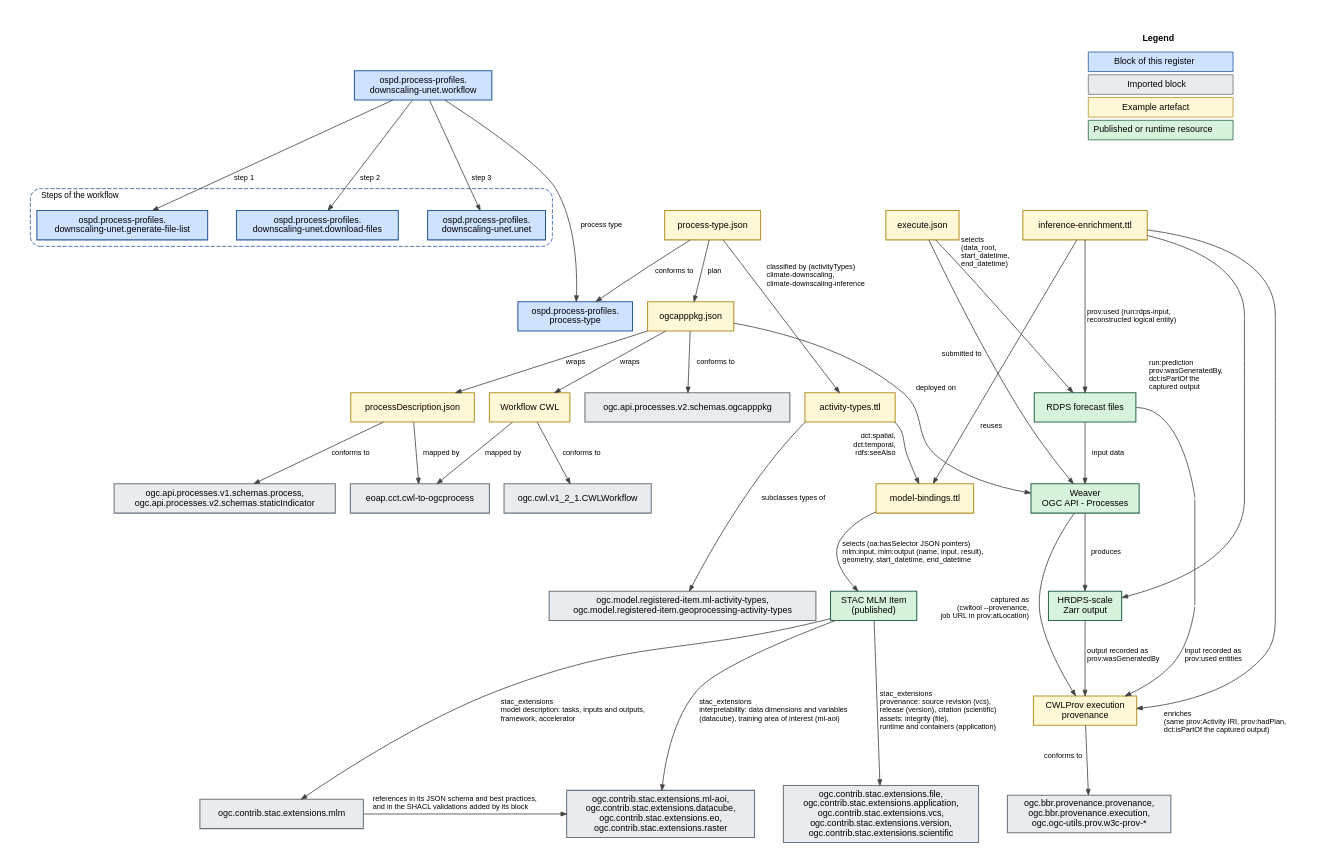
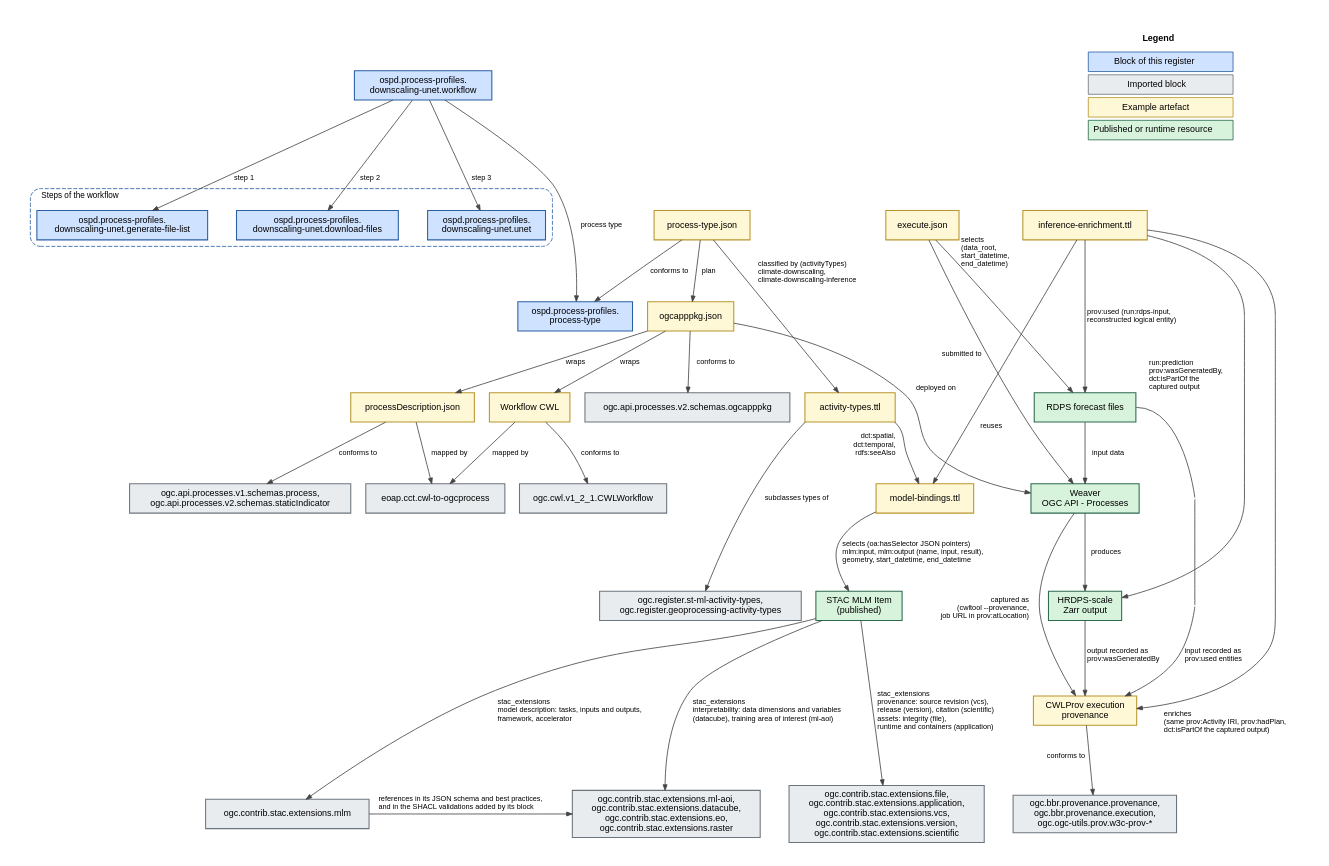
The diagram in _sources/downscaling-unet/workflow/diagrams/bblocks-interactions.dot (crim-ca/bblocks-process-profiles), drawn with Graphviz before and after one commit. The commit also changed 6 other files, not shown here.

Commit message:
use updated bblocks for activity-type-register and registered-item-model

```diff
--- a/_sources/downscaling-unet/workflow/diagrams/bblocks-interactions.dot
+++ b/_sources/downscaling-unet/workflow/diagrams/bblocks-interactions.dot
@@ -1,113 +1,113 @@
 digraph interactions {
   graph [rankdir=TB, nodesep=0.25, ranksep=0.9, fontname="Helvetica", fontsize=11, pad=0.3];
   node [shape=box, style="filled", fontname="Helvetica", fontsize=11, penwidth=1.3, margin="0.14,0.07"];
   edge [fontname="Helvetica", fontsize=9, color="#444444", arrowsize=0.7];
 
   node [fillcolor="#cfe2ff", color="#2b5fa3"];
   WF [label="ospd.process-profiles.\ndownscaling-unet.workflow"];
   subgraph cluster_steps {
     label="Steps of the workflow"; labeljust=l; style="rounded,dashed"; color="#2b5fa3"; fontsize=10;
     S1 [label="ospd.process-profiles.\ndownscaling-unet.generate-file-list"];
     S2 [label="ospd.process-profiles.\ndownscaling-unet.download-files"];
     S3 [label="ospd.process-profiles.\ndownscaling-unet.unet"];
     {rank=same; S1; S2; S3}
     S1 -> S2 -> S3 [style=invis];
   }
   PT [label="ospd.process-profiles.\nprocess-type"];
 
   node [fillcolor="#fff8d6", color="#b8962e"];
   EXE [label="execute.json"];
   PKG [label="ogcapppkg.json"];
   PD [label="processDescription.json"];
   CWL [label="Workflow CWL"];
   PTE [label="process-type.json"];
   ACT [label="activity-types.ttl"];
   BND [label="model-bindings.ttl"];
   ENR [label="inference-enrichment.ttl"];
   PROV [label="CWLProv execution\nprovenance"];
 
   node [fillcolor="#d8f3dc", color="#2d6a4f"];
   RDPS [label="RDPS forecast files"];
   WEAVER [label="Weaver\nOGC API - Processes"];
   HRDPS [label="HRDPS-scale\nZarr output"];
   ITEM [label="STAC MLM Item\n(published)"];
 
   node [fillcolor="#e9ecef", color="#6c757d"];
   APKG [label="ogc.api.processes.v2.schemas.ogcapppkg"];
   PROC [label="ogc.api.processes.v1.schemas.process,\nogc.api.processes.v2.schemas.staticIndicator"];
   CCT [label="eoap.cct.cwl-to-ogcprocess"];
   CWLS [label="ogc.cwl.v1_2_1.CWLWorkflow"];
-  ACTB [label="ogc.model.registered-item.ml-activity-types,\nogc.model.registered-item.geoprocessing-activity-types"];
+  ACTB [label="ogc.register.st-ml-activity-types,\nogc.register.geoprocessing-activity-types"];
   MLM [label="ogc.contrib.stac.extensions.mlm"];
   STACX [label="ogc.contrib.stac.extensions.file,\nogc.contrib.stac.extensions.application,\nogc.contrib.stac.extensions.vcs,\nogc.contrib.stac.extensions.version,\nogc.contrib.stac.extensions.scientific"];
   MLMX [label="ogc.contrib.stac.extensions.ml-aoi,\nogc.contrib.stac.extensions.datacube,\nogc.contrib.stac.extensions.eo,\nogc.contrib.stac.extensions.raster"];
   PROVB [label="ogc.bbr.provenance.provenance,\nogc.bbr.provenance.execution,\nogc.ogc-utils.prov.w3c-prov-*"];
 
   RDPS -> WEAVER [weight=50, label="  input data"];
   EXE -> WEAVER [xlabel="  submitted to      \r \r"];
   WEAVER -> HRDPS [weight=50, label="  produces"];
   EXE -> RDPS [taillabel="selects\l(data_root,\lstart_datetime,\lend_datetime)\l", labeldistance=6.8, labelangle=34];
   ENR -> RDPS [weight=20, label="  prov:used (run:rdps-input,\l  reconstructed logical entity)\l"];
   ENR -> HRDPS [taillabel="run:prediction\lprov:wasGeneratedBy,\ldct:isPartOf the\lcaptured output\l", labeldistance=18, labelangle=-58];
 
   WF -> S3 [label="  step 3"];
   WF -> S2 [label="  step 2"];
   WF -> S1 [label="  step 1"];
   WF -> PT [minlen=2, label="  process type"];
 
   PKG -> WEAVER [xlabel="  deployed on      \r"];
   PKG -> PD [label="  wraps"];
   PKG -> CWL [label="  wraps"];
   PTE -> PKG [label="  plan"];
   PTE -> ACT [minlen=2, taillabel="classified by (activityTypes)\lclimate-downscaling,\lclimate-downscaling-inference\l", labeldistance=13, labelangle=33];
   PTE -> PT [label="  conforms to"];
   ACT:se -> BND [xlabel="  dct:spatial,      \r  dct:temporal,      \r  rdfs:seeAlso      \r"];
   BND -> ITEM [label="  selects (oa:hasSelector JSON pointers)\l  mlm:input, mlm:output (name, input, result),\l  geometry, start_datetime, end_datetime\l"];
   ENR -> BND [headlabel="reuses", labeldistance=10, labelangle=-15];
   ENR -> PROV [headlabel="  enriches\l  (same prov:Activity IRI, prov:hadPlan,\l  dct:isPartOf the captured output)\l", labeldistance=12, labelangle=-14, labelfontsize=9, fontsize=9];
   RPT [shape=box, fixedsize=true, width=0.9, height=0.01, style=invis, label=""];
   RDPS:e -> RPT [arrowhead=none, weight=20, headclip=false, tailclip=true];
   RPT2 [shape=box, fixedsize=true, width=0.9, height=0.01, style=invis, label=""];
   RPT -> RPT2 [arrowhead=none, weight=20, headclip=false, tailclip=false];
   {rank=same; RPT2; HRDPS}
   HRDPS -> RPT2 [style=invis];
   RPT2 -> PROV [weight=2, tailclip=false, label="  input recorded as\l  prov:used entities\l"];
   {rank=same; RPT; WEAVER}
   WEAVER -> RPT [style=invis];
   HRDPS -> PROV [weight=50, label="  output recorded as\l  prov:wasGeneratedBy\l"];
   WEAVER -> PROV [xlabel="  captured as      \r  (cwltool --provenance,      \r  job URL in prov:atLocation)      \r"];
 
   PKG -> APKG [label="  conforms to"];
   PD -> PROC [label="  conforms to"];
   PD -> CCT [label="  mapped by"];
   CWL -> CWLS [label="  conforms to"];
   CWL -> CCT [label="  mapped by"];
   ACT:sw -> ACTB [minlen=2, label="  subclasses types of"];
   ITEM -> MLM [label="  stac_extensions\l  model description: tasks, inputs and outputs,\l  framework, accelerator\l"];
   ITEM -> STACX [label="  stac_extensions\l  provenance: source revision (vcs),\l  release (version), citation (scientific)\l  assets: integrity (file),\l  runtime and containers (application)\l"];
   ITEM -> MLMX [label="  stac_extensions\l  interpretability: data dimensions and variables\l  (datacube), training area of interest (ml-aoi)\l"];
   MLM -> MLMX [label="  references in its JSON schema and best practices,\l  and in the SHACL validations added by its block\l"];
   PROV -> PROVB [xlabel="  conforms to"];
 
   LEGEND [shape=plaintext, style="", label=<
     <TABLE BORDER="0" CELLBORDER="1" CELLSPACING="4" CELLPADDING="5">
       <TR><TD COLSPAN="1" BORDER="0"><B>Legend</B></TD></TR>
       <TR><TD BGCOLOR="#cfe2ff" COLOR="#2b5fa3">Block of this register</TD></TR>
       <TR><TD BGCOLOR="#e9ecef" COLOR="#6c757d">Imported block</TD></TR>
       <TR><TD BGCOLOR="#fff8d6" COLOR="#b8962e">Example artefact</TD></TR>
       <TR><TD BGCOLOR="#d8f3dc" COLOR="#2d6a4f">Published or runtime resource</TD></TR>
     </TABLE>>];
   SPC [shape=box, style=invis, label="", fixedsize=true, width=0.6, height=0.01];
   SPC2 [shape=box, style=invis, label="", fixedsize=true, width=0.1, height=0.01];
   {rank=same; PTE; SPC; EXE; SPC2; ENR}
   PTE -> SPC -> EXE -> SPC2 -> ENR [style=invis]
   {rank=same; BND; WEAVER}
   BND -> WEAVER [style=invis]
   {rank=same; ITEM; HRDPS}
   ITEM -> HRDPS -> PROV [style=invis]
   SPC3 [shape=box, style=invis, label="", fixedsize=true, width=9, height=0.01];
   {rank=same; WF; SPC3; LEGEND}
   WF -> SPC3 -> LEGEND [style=invis]
   {rank=same; MLM; MLMX; STACX; PROVB}
   MLM -> MLMX -> STACX -> PROVB [style=invis]
 }
```
